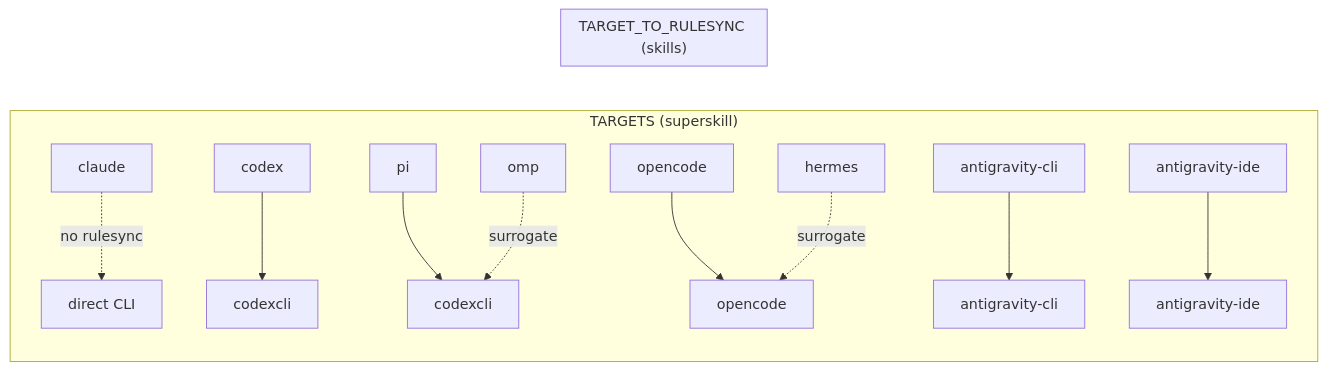
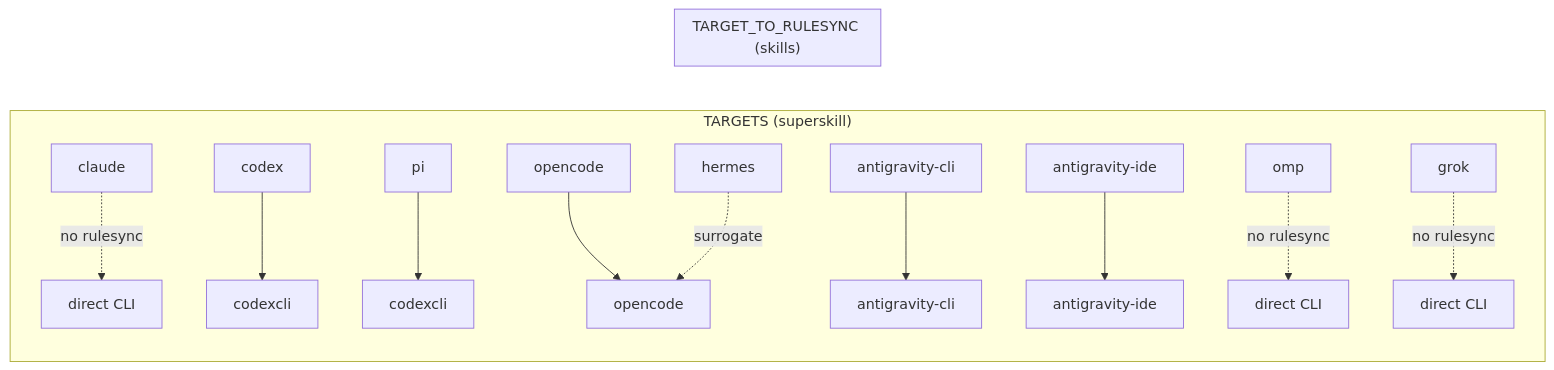
One commit to gobing-ai/superskill changed the second of 4 diagrams in docs/help/cmd_install.md. Above: the diagram before and after it, drawn with Mermaid. The commit also changed other lines of this file and 10 other files, not shown here.

First line of the commit message:
docs(install): correct omp native install path and add grok target entry

````diff
--- a/docs/help/cmd_install.md
+++ b/docs/help/cmd_install.md
@@ -178,20 +179,21 @@
 ```mermaid
 flowchart LR
     subgraph "TARGETS (superskill)"
         CL[claude] -.->|"no rulesync"| DIRECT[direct CLI]
         CX[codex] --> RCX[codexcli]
         PI[pi] --> RPI[codexcli]
         OC[opencode] --> ROC[opencode]
         AGCLI[antigravity-cli] --> RAGCLI[antigravity-cli]
         AGIDE[antigravity-ide] --> RAGIDE[antigravity-ide]
-        OMP[omp] -.->|"surrogate"| RPI
+        OMP[omp] -.->|"no rulesync"| OMPDIRECT[direct CLI]
+        GRK[grok] -.->|"no rulesync"| GRKDIRECT[direct CLI]
         HE[hermes] -.->|"surrogate"| ROC
     end
     subgraph "TARGET_TO_RULESYNC (skills)"
         RCX
         RPI
         ROC
         RAGCLI
         RAGIDE
     end
 ```
````
